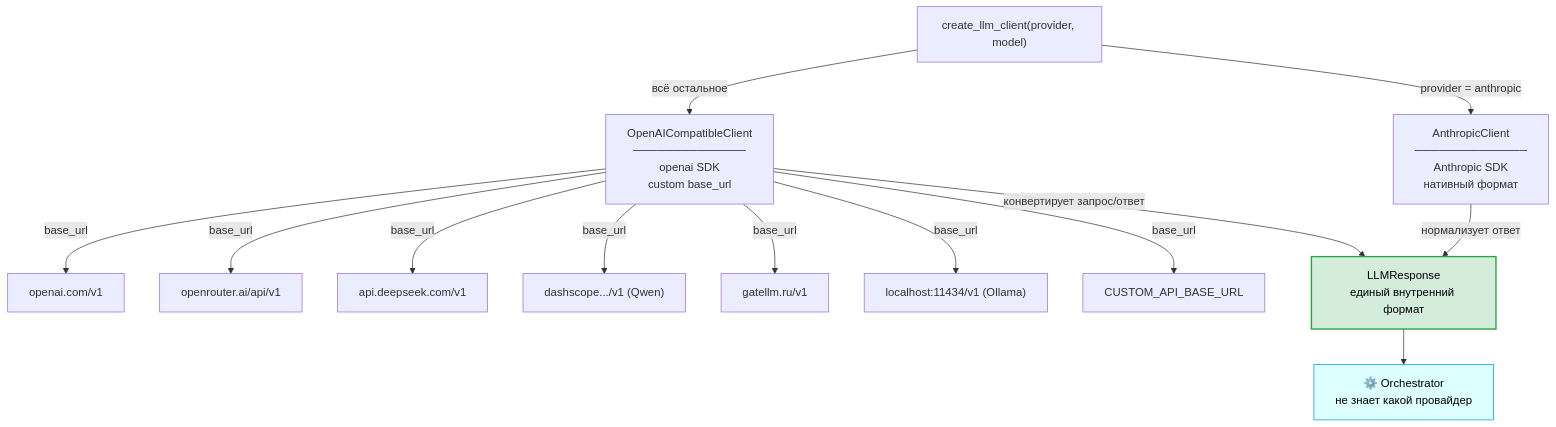
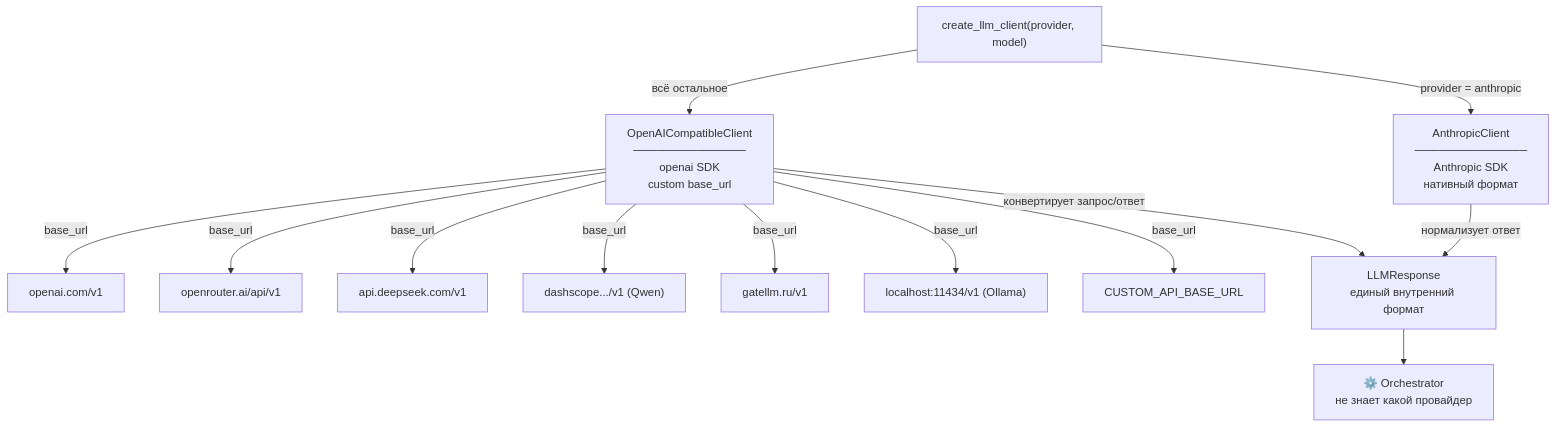
The diagram in docs/05-llm-client.md (ivanshamaev/research-agent), drawn with Mermaid before and after one commit. The commit also changed 5 other files, not shown here.

First line of the commit message:
docs: remove inline style directives from all mermaid diagrams

````diff
--- a/docs/05-llm-client.md
+++ b/docs/05-llm-client.md
@@ -79,23 +79,21 @@
 ```mermaid
 flowchart TD
     Factory["create_llm_client(provider, model)"]
 
     Factory -->|provider = anthropic| AC["AnthropicClient\n──────────────\nAnthropic SDK\nнативный формат"]
     Factory -->|всё остальное| OC["OpenAICompatibleClient\n──────────────\nopenai SDK\ncustom base_url"]
 
     OC -->|base_url| P1["openai.com/v1"]
     OC -->|base_url| P2["openrouter.ai/api/v1"]
     OC -->|base_url| P3["api.deepseek.com/v1"]
     OC -->|base_url| P4["dashscope.../v1  (Qwen)"]
     OC -->|base_url| P5["gatellm.ru/v1"]
     OC -->|base_url| P6["localhost:11434/v1  (Ollama)"]
     OC -->|base_url| P7["CUSTOM_API_BASE_URL"]
 
     AC -->|нормализует ответ| Resp["LLMResponse\nединый внутренний формат"]
     OC -->|конвертирует запрос/ответ| Resp
 
     Resp --> Orch["⚙️ Orchestrator\nне знает какой провайдер"]
 
-    style Resp fill:#d4edda,stroke:#28a745,stroke-width:2px,color:#000
-    style Orch fill:#dff,stroke:#09c,color:#000
 ```
````
